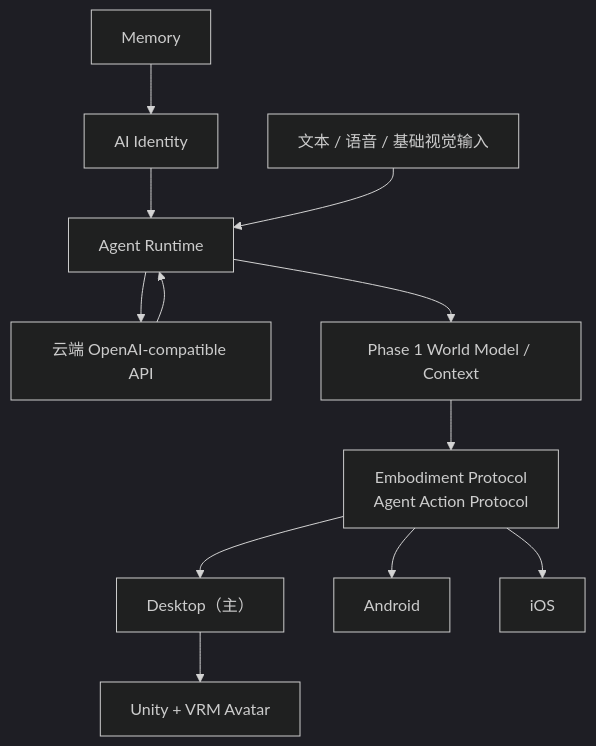
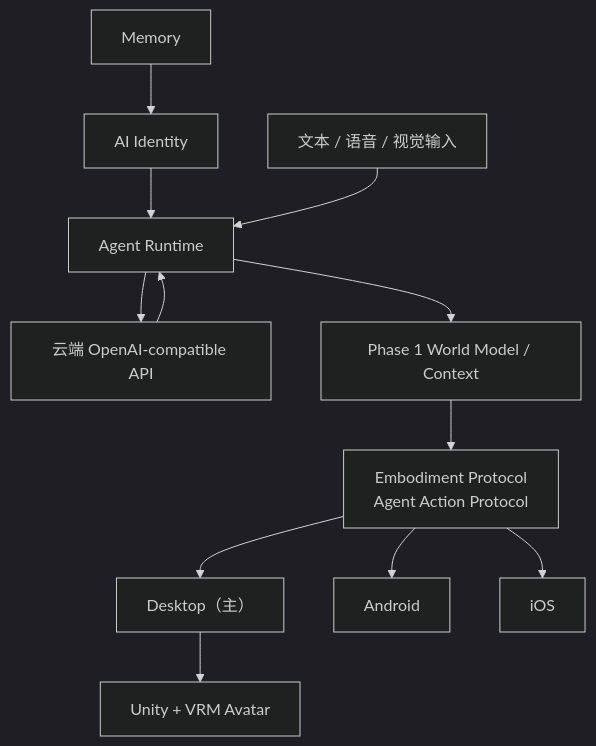
One commit to ayane-ai/ayane-docs changed the diagram in research/Phase 1 实现准备与 GitHub 参考项目调研.md. Above: the diagram before and after it, drawn with Mermaid (dark theme). The commit also changed other lines of this file and 10 other files, not shown here.

First line of the commit message:
feat(architecture): 添加视觉层模块并更新架构文档

````diff
--- a/research/Phase 1 实现准备与 GitHub 参考项目调研.md
+++ b/research/Phase 1 实现准备与 GitHub 参考项目调研.md
@@ -28,14 +29,14 @@
 ```mermaid
 flowchart TD
     memory["Memory"] --> identity["AI Identity"]
     identity --> runtime["Agent Runtime"]
-    input["文本 / 语音 / 基础视觉输入"] --> runtime
+    input["文本 / 语音 / 视觉输入"] --> runtime
     runtime --> cloud["云端 OpenAI-compatible API"]
     cloud --> runtime
     runtime --> world["Phase 1 World Model / Context"]
     world --> protocol["Embodiment Protocol<br>Agent Action Protocol"]
     protocol --> desktop["Desktop（主）"]
     protocol --> android["Android"]
     protocol --> ios["iOS"]
     desktop --> avatar["Unity + VRM Avatar"]
 ```
````
